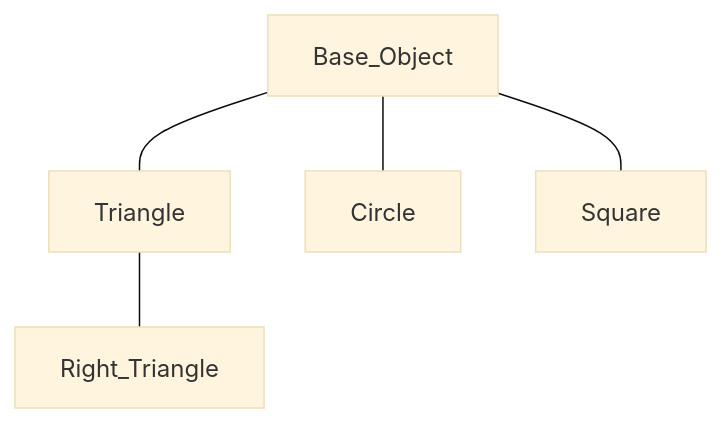
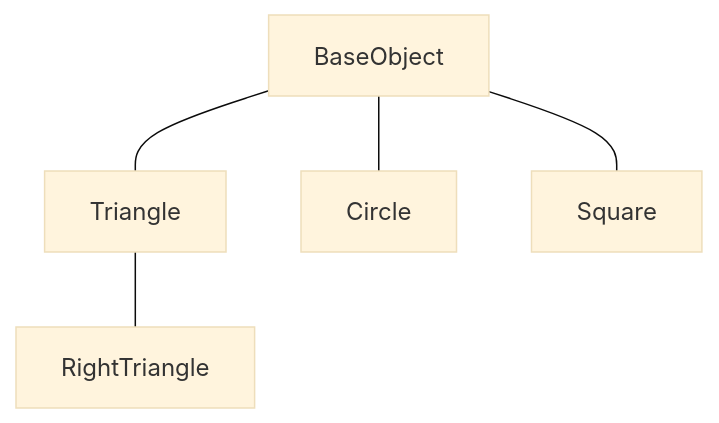
The first of 2 diagrams in 面向对象/03_继承.md (jingkaimori/JavaTutorial), drawn with Mermaid (base theme) before and after one commit. The commit also changed 3 other files, not shown here.

````diff
--- a/面向对象/03_继承.md
+++ b/面向对象/03_继承.md
@@ -21,6 +21,6 @@
 ```mermaid
 graph TB;
-Base_Object --- Triangle --- Right_Triangle;
-Base_Object --- Circle;
-Base_Object --- Square;
+BaseObject --- Triangle --- RightTriangle;
+BaseObject --- Circle;
+BaseObject --- Square;
 ```
````
